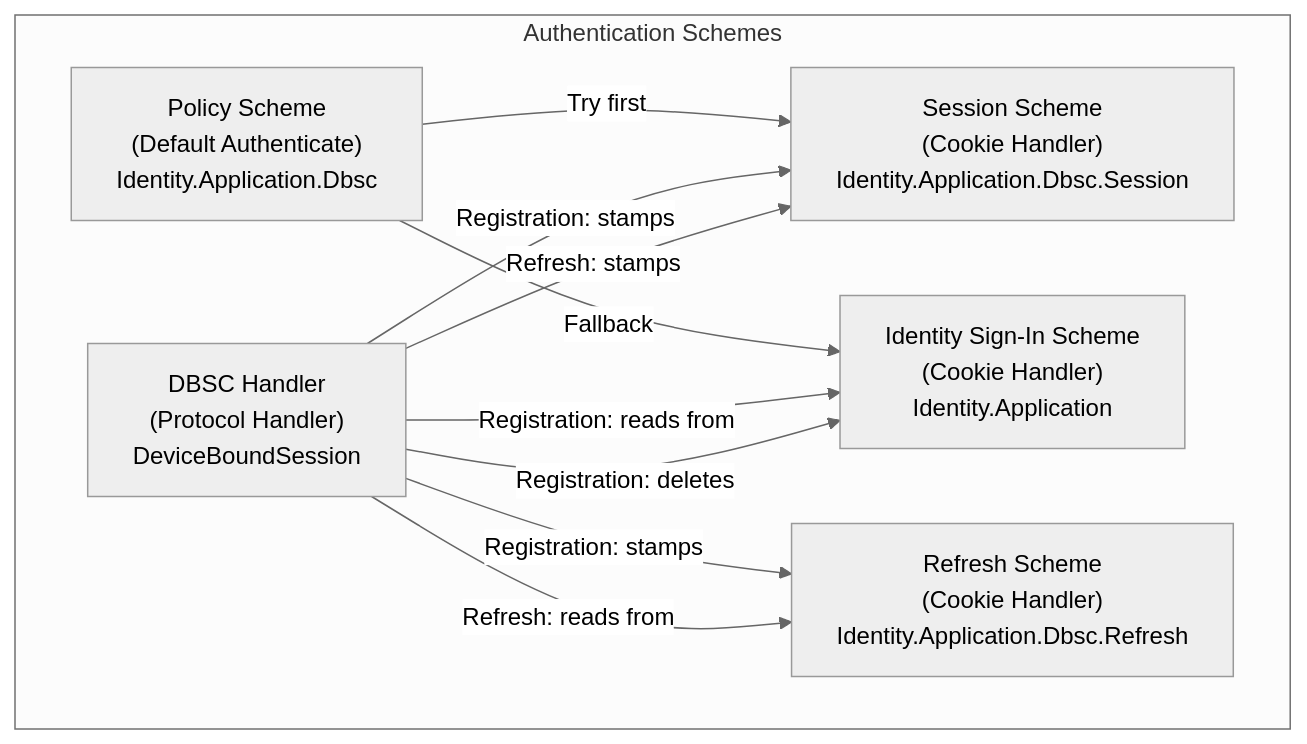
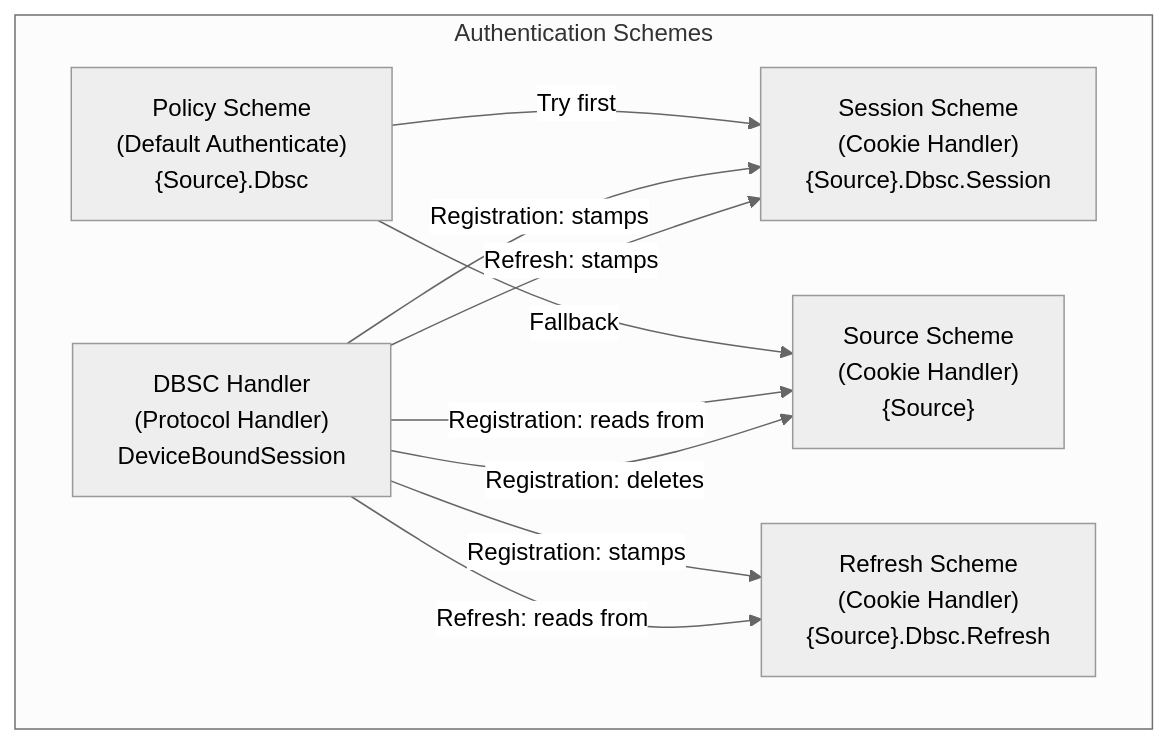
One commit to dotnet/aspnetcore changed the first of 2 diagrams in src/Security/Authentication/DeviceBoundSessions/plans/dbsc-design.md. Above: the diagram before and after it, drawn with Mermaid (neutral theme). The commit also changed other lines of this file, not shown here.

````diff
--- a/src/Security/Authentication/DeviceBoundSessions/plans/dbsc-design.md
+++ b/src/Security/Authentication/DeviceBoundSessions/plans/dbsc-design.md
@@ -55,20 +63,20 @@
 ```mermaid
 graph TD
     subgraph "Authentication Schemes"
-        PS["Policy Scheme<br/>(Default Authenticate)<br/>Identity.Application.Dbsc"]
-        IS["Identity Sign-In Scheme<br/>(Cookie Handler)<br/>Identity.Application"]
-        RS["Refresh Scheme<br/>(Cookie Handler)<br/>Identity.Application.Dbsc.Refresh"]
-        SS["Session Scheme<br/>(Cookie Handler)<br/>Identity.Application.Dbsc.Session"]
+        PS["Policy Scheme<br/>(Default Authenticate)<br/>{Source}.Dbsc"]
+        IS["Source Scheme<br/>(Cookie Handler)<br/>{Source}"]
+        RS["Refresh Scheme<br/>(Cookie Handler)<br/>{Source}.Dbsc.Refresh"]
+        SS["Session Scheme<br/>(Cookie Handler)<br/>{Source}.Dbsc.Session"]
         DH["DBSC Handler<br/>(Protocol Handler)<br/>DeviceBoundSession"]
     end
 
     PS -->|"Try first"| SS
     PS -->|"Fallback"| IS
 
     DH -->|"Registration: reads from"| IS
     DH -->|"Registration: stamps"| RS
     DH -->|"Registration: stamps"| SS
     DH -->|"Registration: deletes"| IS
     DH -->|"Refresh: reads from"| RS
     DH -->|"Refresh: stamps"| SS
 ```
````
